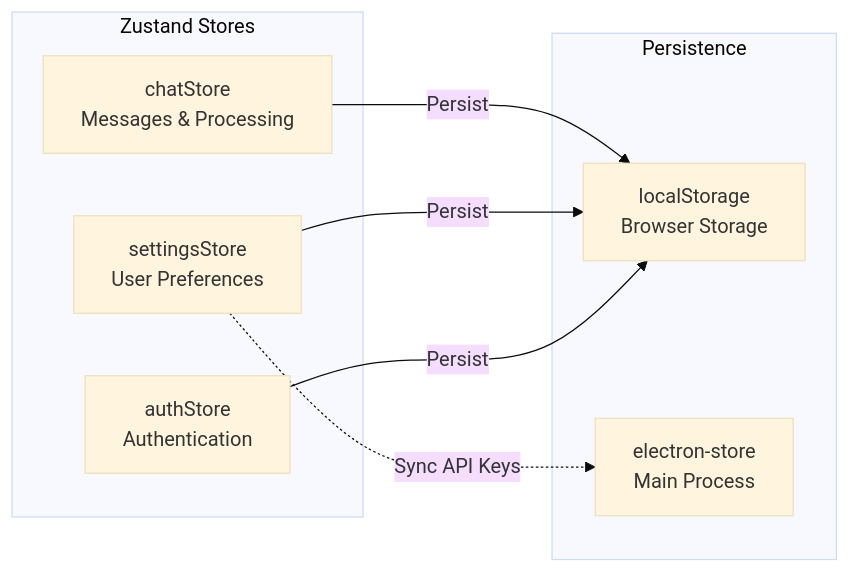
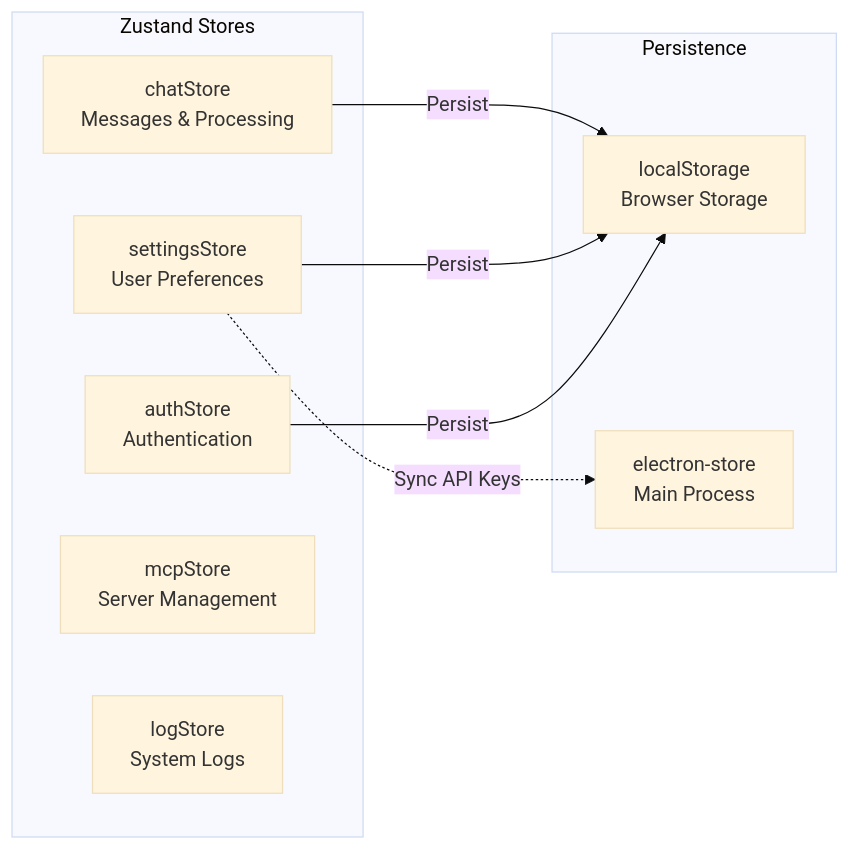
One commit to meharajM/ai-worker.app changed the sixth of 31 diagrams in architecture.md. Above: the diagram before and after it, drawn with Mermaid (base theme). The commit also changed other lines of this file and 1 other file, not shown here.

Commit message:
feat: document new stores, IPC methods, memory reflector, prompt injection defense, task decomposition, and resilience architecture.

````diff
--- a/architecture.md
+++ b/architecture.md
@@ -239,19 +239,21 @@
 ```mermaid
 graph LR
     subgraph "Zustand Stores"
         ChatStore[chatStore<br/>Messages & Processing]
         SettingsStore[settingsStore<br/>User Preferences]
         AuthStore[authStore<br/>Authentication]
+        McpStore[mcpStore<br/>Server Management]
+        LogStore[logStore<br/>System Logs]
     end
 
     subgraph "Persistence"
         LocalStorage[localStorage<br/>Browser Storage]
         ElectronStore[electron-store<br/>Main Process]
     end
 
     ChatStore -->|Persist| LocalStorage
     SettingsStore -->|Persist| LocalStorage
     AuthStore -->|Persist| LocalStorage
 
     SettingsStore -.->|Sync API Keys| ElectronStore
 ```
````
